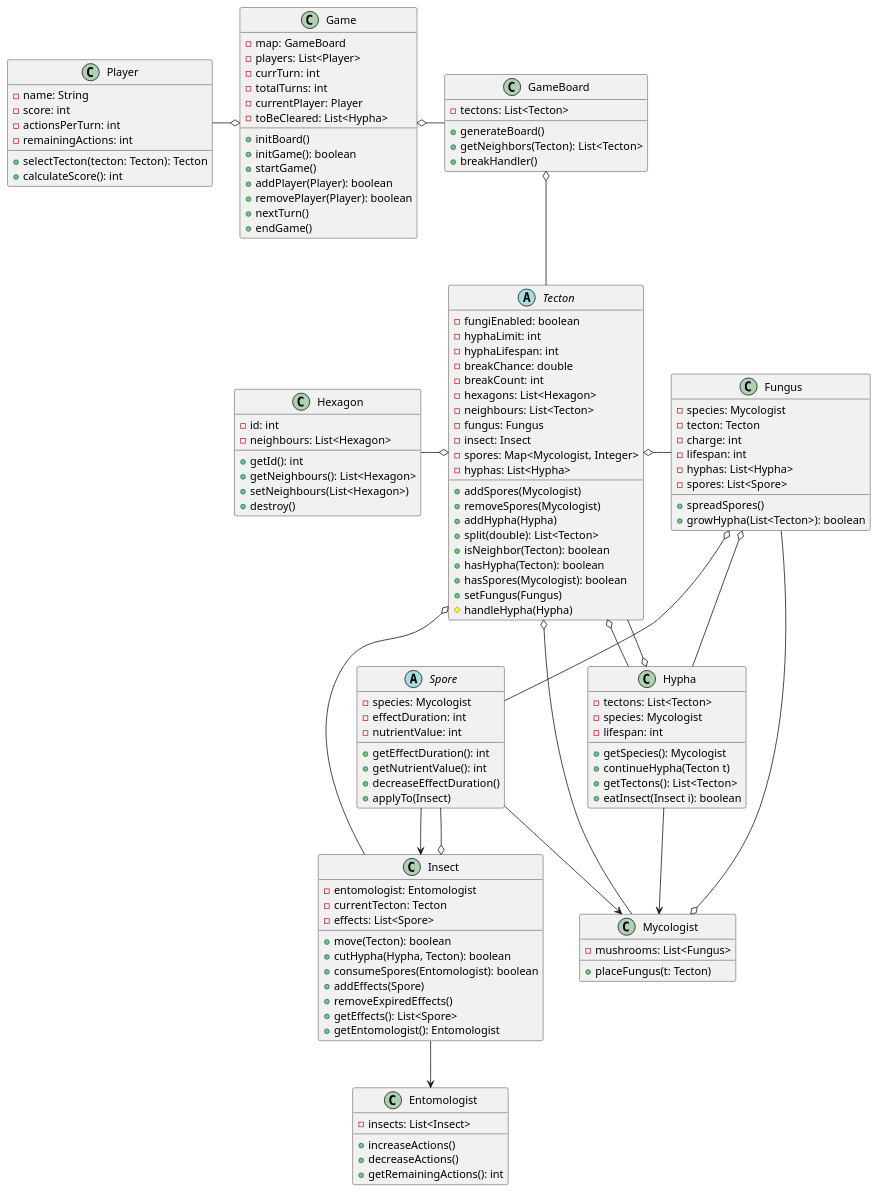
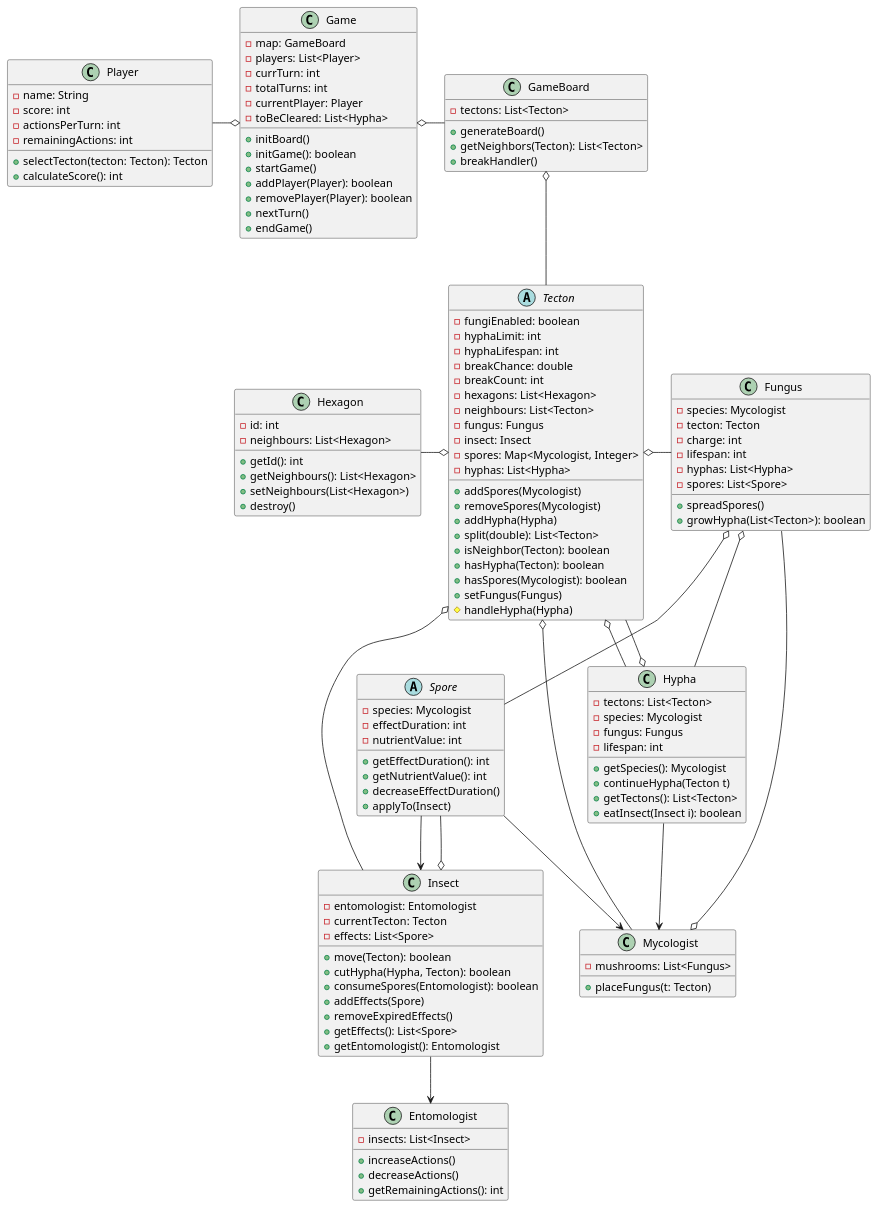
The diagram in docs/Class/classDiag.puml (hujberhunor/SzomiSztegoProjlab), drawn with PlantUML before and after one commit. The commit also changed 1 other file, not shown here.

Commit message:
hypha fungus attrib hozzáadva

```diff
--- a/docs/Class/classDiag.puml
+++ b/docs/Class/classDiag.puml
@@ -1,150 +1,151 @@
 @startuml
 
 ' NEM SZEREPELNEK BENNE A LESZÁRMAZOTTAK HOGY ÁTLÁTHATÓBB LEGYEN '
 ' --> : használja, de nem tartalmazza '
 ' ===== Alap játékosok és szereplők =====
 class Player {
     - name: String
     - score: int
     - actionsPerTurn: int
     - remainingActions: int
     + selectTecton(tecton: Tecton): Tecton
     + calculateScore(): int
 }
 
 class Entomologist {
     - insects: List<Insect>
     + increaseActions()
     + decreaseActions()
     + getRemainingActions(): int
 }
 
 class Mycologist {
     - mushrooms: List<Fungus>
     + placeFungus(t: Tecton)
 }
 
 ' ===== Térképelemek és logika =====
 abstract class Tecton {
     - fungiEnabled: boolean
     - hyphaLimit: int
     - hyphaLifespan: int
     - breakChance: double
     - breakCount: int
     - hexagons: List<Hexagon>
     - neighbours: List<Tecton>
     - fungus: Fungus
     - insect: Insect
     - spores: Map<Mycologist, Integer>
     - hyphas: List<Hypha>
     + addSpores(Mycologist)
     + removeSpores(Mycologist)
     + addHypha(Hypha)
     + split(double): List<Tecton>
     + isNeighbor(Tecton): boolean
     + hasHypha(Tecton): boolean
     + hasSpores(Mycologist): boolean
     + setFungus(Fungus)
     # handleHypha(Hypha)
 }
 
 class Hexagon {
     - id: int
     - neighbours: List<Hexagon>
     + getId(): int
     + getNeighbours(): List<Hexagon>
     + setNeighbours(List<Hexagon>)
     + destroy()
 }
 
 class Hypha {
     - tectons: List<Tecton>
     - species: Mycologist
+    - fungus: Fungus
     - lifespan: int 
     + getSpecies(): Mycologist
     + continueHypha(Tecton t)
     + getTectons(): List<Tecton>
     + eatInsect(Insect i): boolean
 }
 
 class Fungus {
     - species: Mycologist
     - tecton: Tecton
     - charge: int
     - lifespan: int
     - hyphas: List<Hypha>
     - spores: List<Spore>
     + spreadSpores()
     + growHypha(List<Tecton>): boolean
 }
 
 ' ===== Spórák és hatásaik =====
 abstract class Spore {
     - species: Mycologist
     - effectDuration: int
     - nutrientValue: int
     + getEffectDuration(): int
     + getNutrientValue(): int
     + decreaseEffectDuration()
     + applyTo(Insect)
 }
 
 ' ===== Insect logika =====
 class Insect {
     - entomologist: Entomologist
     - currentTecton: Tecton
     - effects: List<Spore>
     + move(Tecton): boolean
     + cutHypha(Hypha, Tecton): boolean
     + consumeSpores(Entomologist): boolean
     + addEffects(Spore)
     + removeExpiredEffects()
     + getEffects(): List<Spore>
     + getEntomologist(): Entomologist
 }
 
 ' ===== Game engine =====
 class GameBoard {
     - tectons: List<Tecton>
     + generateBoard()
     + getNeighbors(Tecton): List<Tecton>
     + breakHandler()
 }
 
 class Game {
     - map: GameBoard
     - players: List<Player>
     - currTurn: int
     - totalTurns: int
     - currentPlayer: Player
     - toBeCleared: List<Hypha>
     + initBoard()
     + initGame(): boolean
     + startGame()
     + addPlayer(Player): boolean
     + removePlayer(Player): boolean
     + nextTurn()
     + endGame()
 }
 
 ' ===== Kapcsolatok =====
 Game o-r- GameBoard
 Game o-l- Player
 GameBoard o-- Tecton
 Tecton o-l- Hexagon
 Tecton o-- Hypha
 Tecton o-- Insect
 Tecton o-r- Fungus
 Tecton o-- Mycologist
 Insect o-- Spore
 Insect --> Entomologist
 Mycologist o-- Fungus
 Fungus o-- Hypha
 Fungus o-- Spore
 Spore --> Insect
 Spore --> Mycologist
 Hypha o-- Tecton
 Hypha --> Mycologist
 
 
 @enduml
```
